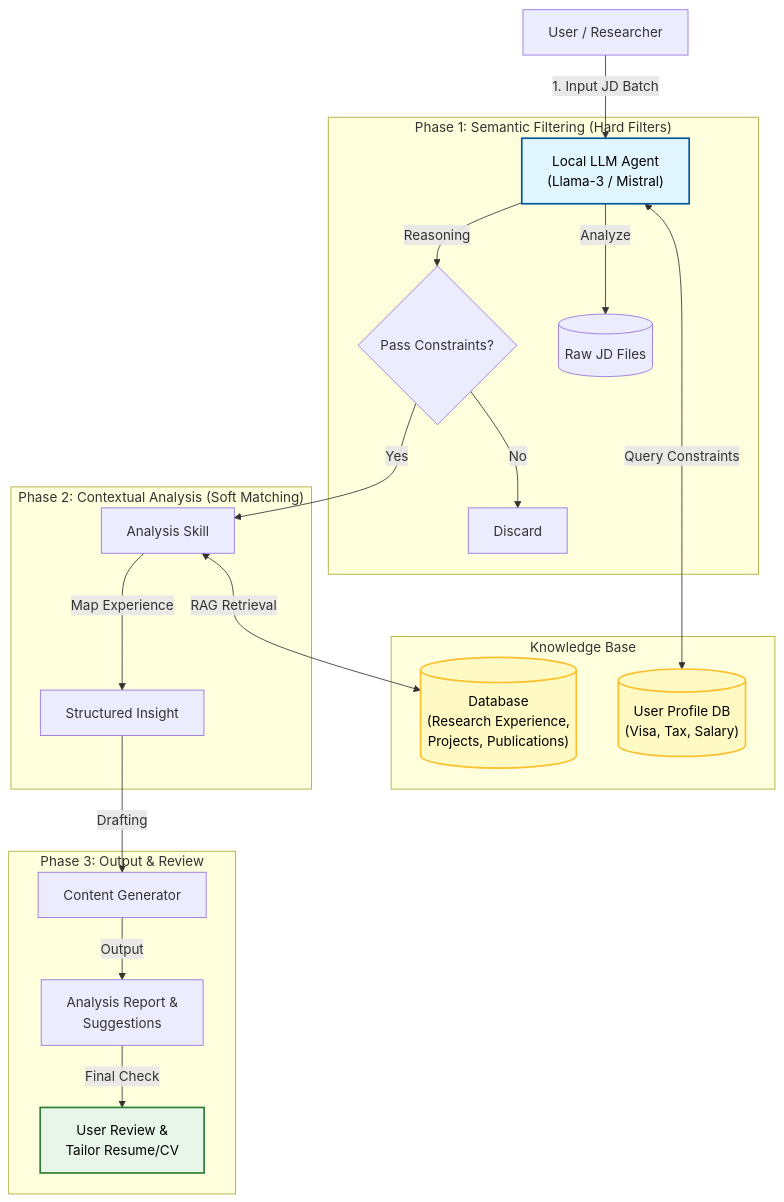
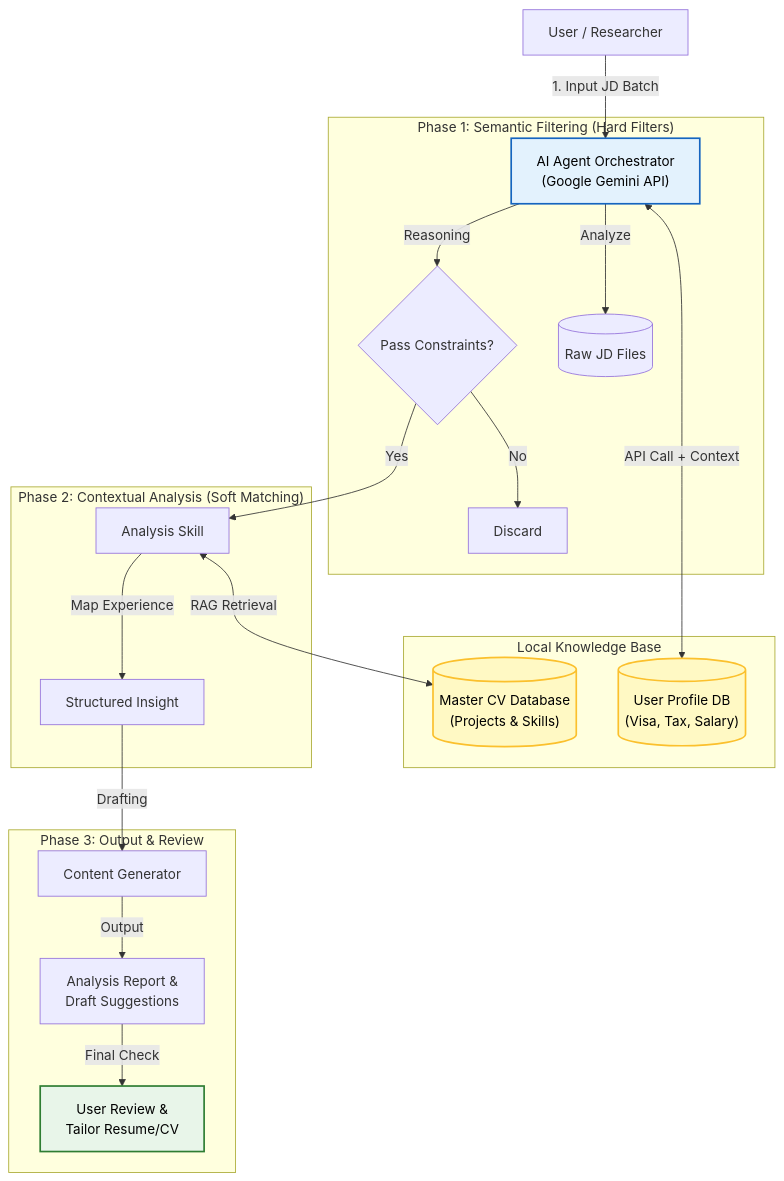
Before and after one commit to WangWeiCheng-TJ/Agentic-Career-Orchestrator: the diagram in README.md, drawn with Mermaid. The commit also changed other lines of this file, not shown here.

````diff
--- a/README.md
+++ b/README.md
@@ -24,40 +25,37 @@
 ```mermaid
 graph TD
-    User[User / Researcher] -->|1. Input JD Batch| Agent["Local LLM Agent<br/>(Llama-3 / Mistral)"]
+    User[User / Researcher] -->|1. Input JD Batch| Agent["AI Agent Orchestrator<br/>(Google Gemini API)"]
     
-    %% 資料庫與設定
-    subgraph "Knowledge Base"
-        %% 修正1: 使用 [("...")] 語法呈現資料庫圓柱體形狀
+    %% 資料庫與設定 (Local)
+    subgraph "Local Knowledge Base"
         ConstraintDB[("User Profile DB<br/>(Visa, Tax, Salary)")]
-        %% 修正2: 將詳細文字整合進這裡的定義
-        MasterCV[("Database<br/>(Research Experience,<br/>Projects, Publications)")]
+        MasterCV[("Master CV Database<br/>(Projects & Skills)")]
     end
 
     %% 第一階段：過濾
     subgraph "Phase 1: Semantic Filtering (Hard Filters)"
-        Agent <-->|Query Constraints| ConstraintDB
+        Agent <-->|API Call + Context| ConstraintDB
         Agent -->|Analyze| JDs[("Raw JD Files")]
         Agent -->|Reasoning| Decision{Pass Constraints?}
         Decision -- No --> Trash[Discard]
     end
 
     %% 第二階段：分析與建議
     subgraph "Phase 2: Contextual Analysis (Soft Matching)"
         Decision -- Yes --> Analyzer[Analysis Skill]
-        %% 修正3: 這裡直接連回上面定義好的 Node ID (MasterCV)，不要直接寫文字
         Analyzer <-->|RAG Retrieval| MasterCV
         Analyzer -->|Map Experience| Context[Structured Insight]
     end
 
     %% 第三階段：輸出
     subgraph "Phase 3: Output & Review"
         Context -->|Drafting| Writer[Content Generator]
-        Writer -->|Output| Report["Analysis Report &<br/>Suggestions"]
+        Writer -->|Output| Report["Analysis Report &<br/>Draft Suggestions"]
         Report -->|Final Check| Human["User Review &<br/>Tailor Resume/CV"]
     end
 
-    style Agent fill:#e1f5fe,stroke:#01579b,stroke-width:2px,color:#000
+    style Agent fill:#e3f2fd,stroke:#1565c0,stroke-width:2px,color:#000
     style ConstraintDB fill:#fff9c4,stroke:#fbc02d,stroke-width:2px,color:#000
     style MasterCV fill:#fff9c4,stroke:#fbc02d,stroke-width:2px,color:#000
     style Human fill:#e8f5e9,stroke:#2e7d32,stroke-width:2px,color:#000
 ```
````
